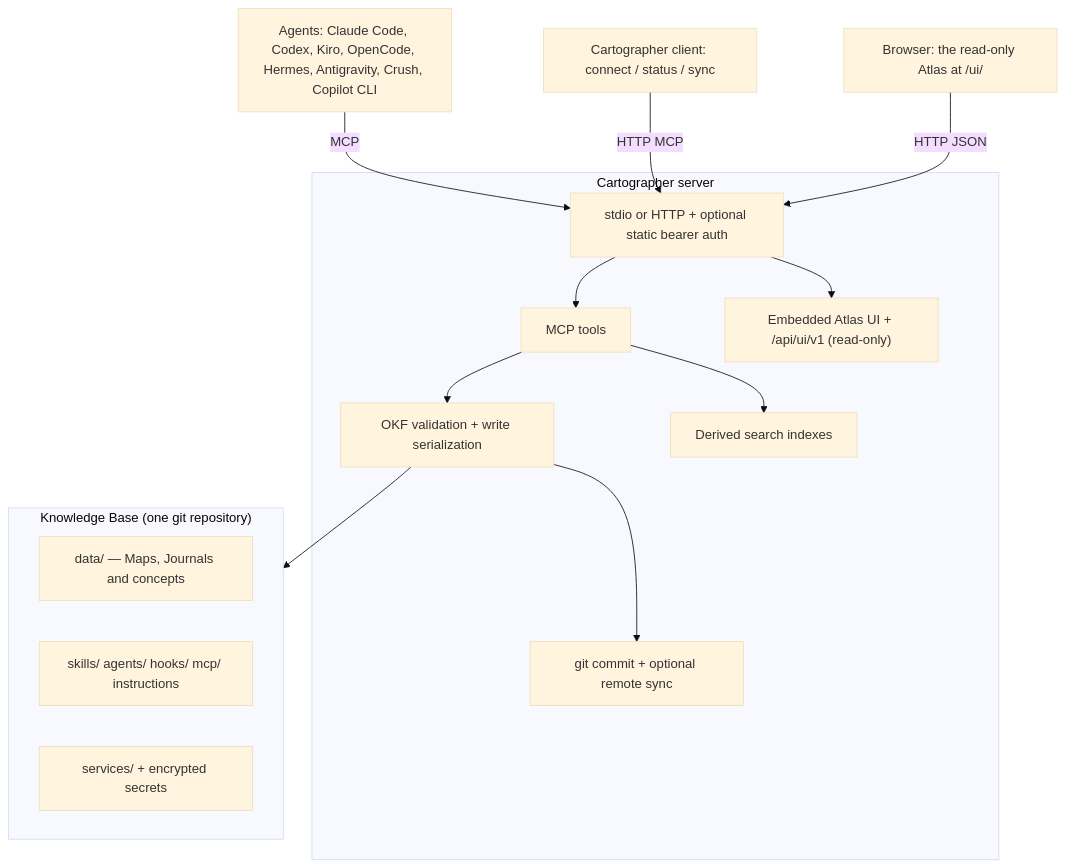
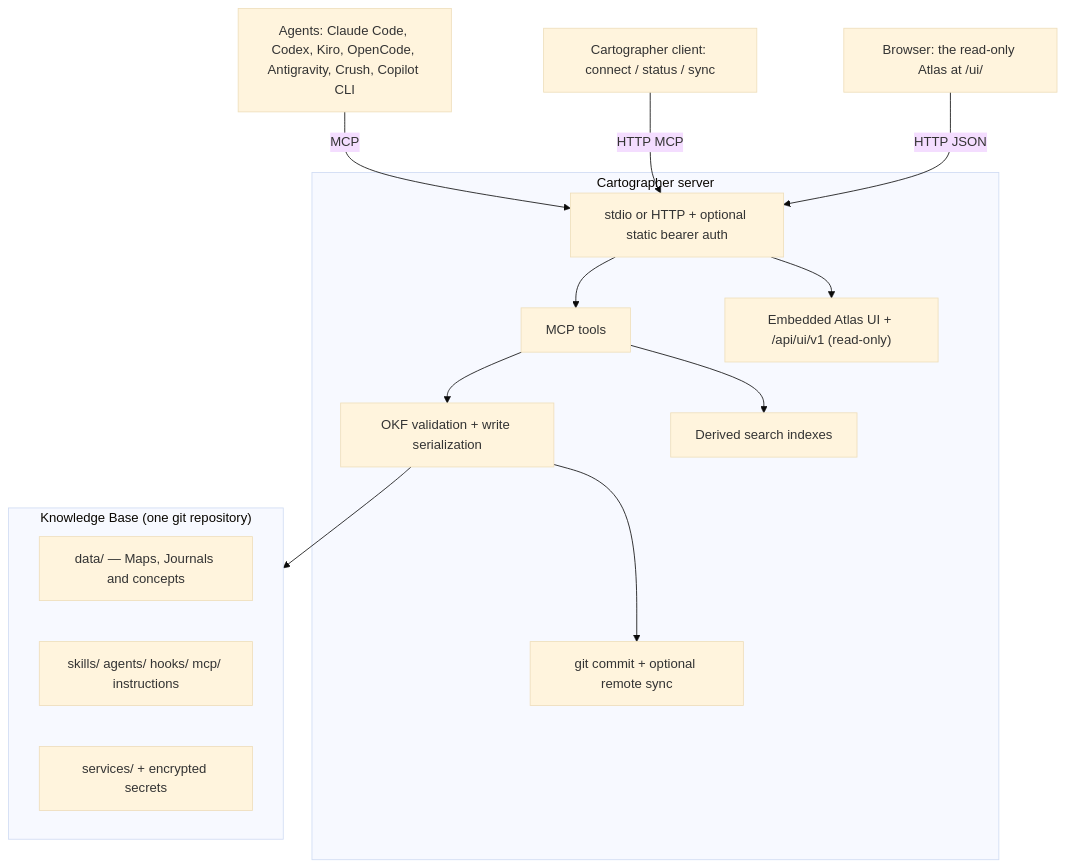
Before and after one commit to BeppeTemp/cartographer: the diagram in docs/overview.md, drawn with Mermaid (base theme). The commit also changed 64 other files, not shown here.

````diff
--- a/docs/overview.md
+++ b/docs/overview.md
@@ -48,28 +48,28 @@
 ```mermaid
 flowchart TB
-    A["Agents: Claude Code, Codex, Kiro, OpenCode, Hermes, Antigravity, Crush, Copilot CLI"]
+    A["Agents: Claude Code, Codex, Kiro, OpenCode, Antigravity, Crush, Copilot CLI"]
     C["Cartographer client: connect / status / sync"]
     B["Browser: the read-only Atlas at /ui/"]
 
     subgraph S["Cartographer server"]
         T["stdio or HTTP + optional static bearer auth"]
         M["MCP tools"]
         W["Embedded Atlas UI + /api/ui/v1 (read-only)"]
         V["OKF validation + write serialization"]
         I["Derived search indexes"]
         G["git commit + optional remote sync"]
     end
 
     subgraph K["Knowledge Base (one git repository)"]
         D["data/ — Maps, Journals and concepts"]
         P["skills/ agents/ hooks/ mcp/ instructions"]
         X["services/ + encrypted secrets"]
     end
 
     A -->|MCP| T --> M
     C -->|HTTP MCP| T
     B -->|HTTP JSON| T --> W
     M --> V --> K
     M --> I
     V --> G
 ```
````
